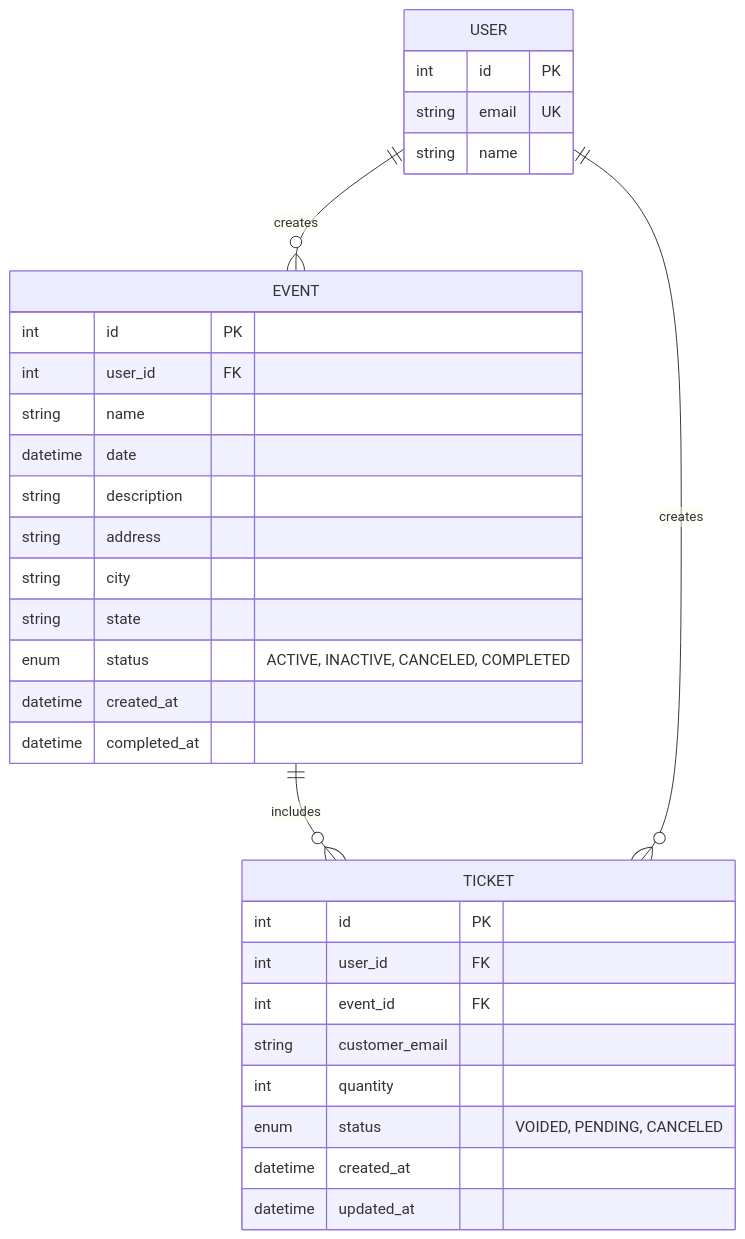
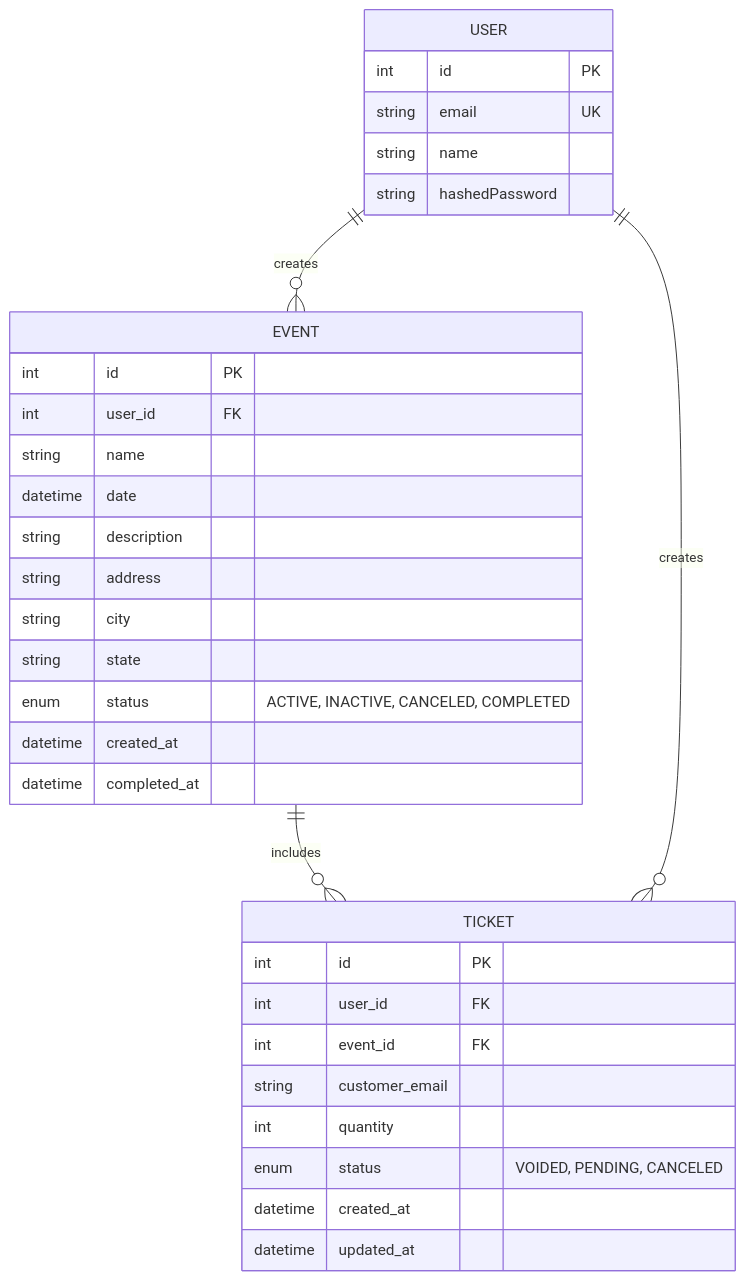
One commit to eliairship/event-management-app changed the second of 2 diagrams in README.md. Above: the diagram before and after it, drawn with Mermaid. The commit also changed 5 other files, not shown here.

````diff
--- a/README.md
+++ b/README.md
@@ -52,35 +52,36 @@
 ```mermaid
 erDiagram
     USER ||--o{ EVENT : creates
     USER {
       int id PK
       string email UK
       string name
+      string hashedPassword
     }
     EVENT ||--o{ TICKET : includes
     EVENT {
       int id PK
       int user_id FK
       string name
       datetime date
       string description
       string address
       string city
       string state
       enum status "ACTIVE, INACTIVE, CANCELED, COMPLETED"
       datetime created_at
       datetime completed_at
 
     }
     USER ||--o{ TICKET : creates
     TICKET {
       int id PK
       int user_id FK
       int event_id FK
       string customer_email
       int quantity
       enum status "VOIDED, PENDING, CANCELED"
       datetime created_at
       datetime updated_at
     }
 ```
````
